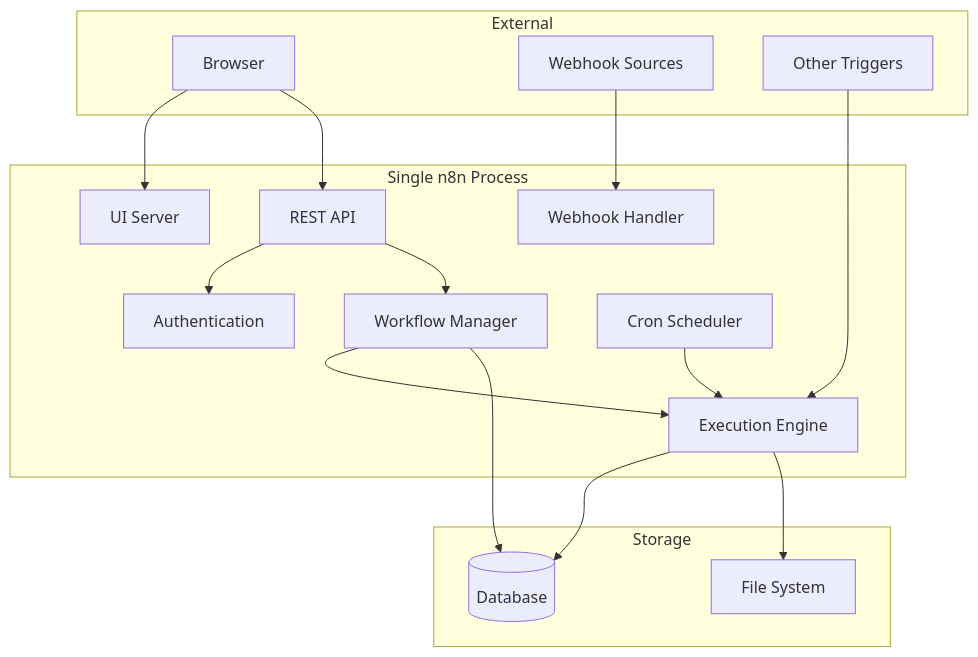
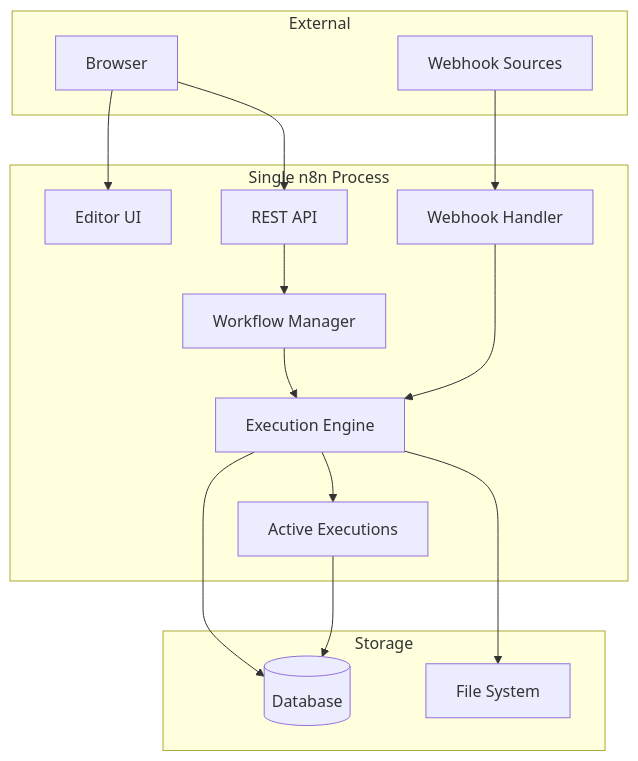
The first of 4 diagrams in docs/architecture/execution-modes.md (haroldlucero/n8n), drawn with Mermaid before and after one commit. The commit also changed other lines of this file, not shown here.

````diff
--- a/docs/architecture/execution-modes.md
+++ b/docs/architecture/execution-modes.md
@@ -126,37 +161,34 @@
 ```mermaid
 graph TD
     subgraph "Single n8n Process"
-        UI[UI Server]
+        UI[Editor UI]
         API[REST API]
-        AUTH[Authentication]
         WM[Workflow Manager]
         EE[Execution Engine]
         WH[Webhook Handler]
-        CRON[Cron Scheduler]
+        AE[Active Executions]
     end
     
     subgraph "External"
         BROWSER[Browser]
         WEBHOOK[Webhook Sources]
-        TRIGGER[Other Triggers]
     end
     
     subgraph "Storage"
         DB[(Database)]
         FS[File System]
     end
     
     BROWSER --> UI
     BROWSER --> API
     WEBHOOK --> WH
-    TRIGGER --> EE
     
-    API --> AUTH
     API --> WM
     WM --> EE
-    CRON --> EE
+    WH --> EE
+    EE --> AE
     
     EE --> DB
-    WM --> DB
+    AE --> DB
     EE --> FS
 ```
````
